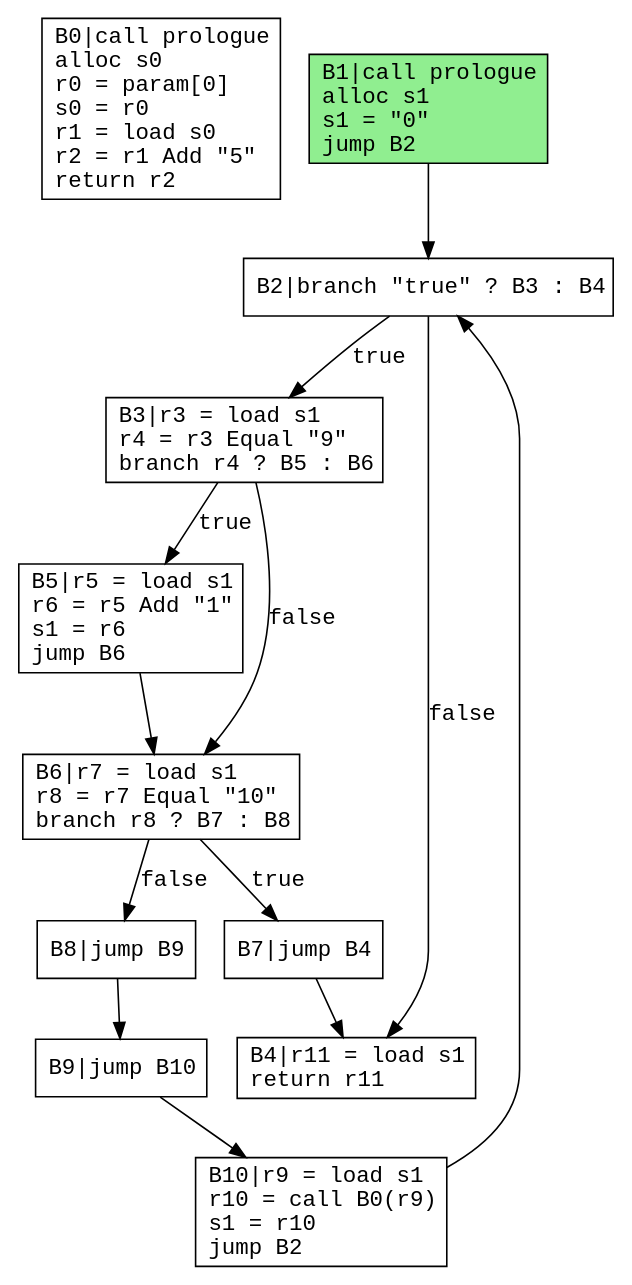
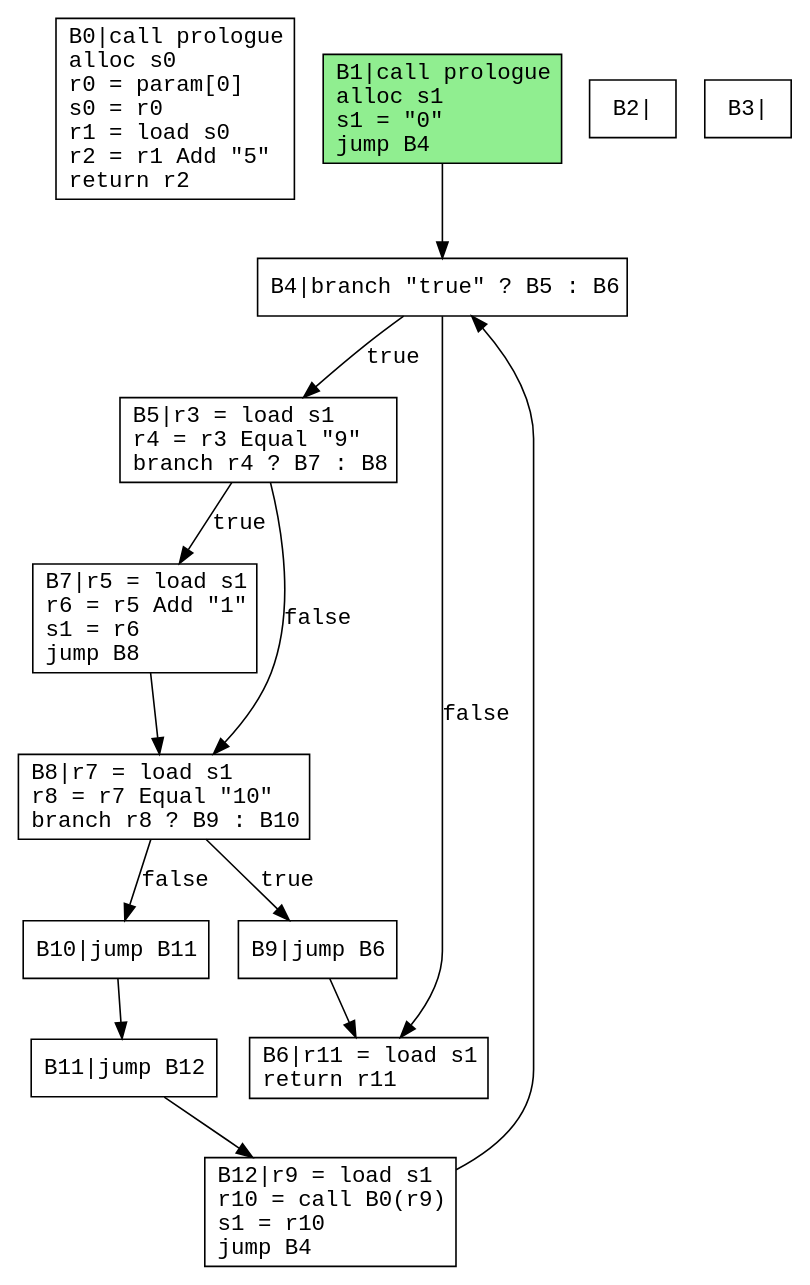
Before and after one commit to safarislava/ProcTranslator: the diagram in output/while.dot, drawn with Graphviz. The commit also changed 43 other files, not shown here.

```diff
--- a/output/while.dot
+++ b/output/while.dot
@@ -1,30 +1,32 @@
 digraph CFG {
   rankdir=TB;
   node [shape=box, fontname="Courier"];
   edge [fontname="Courier"];
 
   B0 [label="B0|call prologue\lalloc s0\lr0 = param[0]\ls0 = r0\lr1 = load s0\lr2 = r1 Add \"5\"\lreturn r2\l"];
-  B1 [label="B1|call prologue\lalloc s1\ls1 = \"0\"\ljump B2\l"];
-  B2 [label="B2|branch \"true\" ? B3 : B4\l"];
-  B3 [label="B3|r3 = load s1\lr4 = r3 Equal \"9\"\lbranch r4 ? B5 : B6\l"];
-  B4 [label="B4|r11 = load s1\lreturn r11\l"];
-  B5 [label="B5|r5 = load s1\lr6 = r5 Add \"1\"\ls1 = r6\ljump B6\l"];
-  B6 [label="B6|r7 = load s1\lr8 = r7 Equal \"10\"\lbranch r8 ? B7 : B8\l"];
-  B7 [label="B7|jump B4\l"];
-  B8 [label="B8|jump B9\l"];
-  B9 [label="B9|jump B10\l"];
-  B10 [label="B10|r9 = load s1\lr10 = call B0(r9)\ls1 = r10\ljump B2\l"];
-  B1 -> B2;
-  B2 -> B3 [label="true"];
-  B2 -> B4 [label="false"];
-  B3 -> B5 [label="true"];
-  B3 -> B6 [label="false"];
-  B5 -> B6;
-  B6 -> B7 [label="true"];
-  B6 -> B8 [label="false"];
-  B7 -> B4;
-  B8 -> B9;
-  B9 -> B10;
-  B10 -> B2;
+  B1 [label="B1|call prologue\lalloc s1\ls1 = \"0\"\ljump B4\l"];
+  B2 [label="B2|"];
+  B3 [label="B3|"];
+  B4 [label="B4|branch \"true\" ? B5 : B6\l"];
+  B5 [label="B5|r3 = load s1\lr4 = r3 Equal \"9\"\lbranch r4 ? B7 : B8\l"];
+  B6 [label="B6|r11 = load s1\lreturn r11\l"];
+  B7 [label="B7|r5 = load s1\lr6 = r5 Add \"1\"\ls1 = r6\ljump B8\l"];
+  B8 [label="B8|r7 = load s1\lr8 = r7 Equal \"10\"\lbranch r8 ? B9 : B10\l"];
+  B9 [label="B9|jump B6\l"];
+  B10 [label="B10|jump B11\l"];
+  B11 [label="B11|jump B12\l"];
+  B12 [label="B12|r9 = load s1\lr10 = call B0(r9)\ls1 = r10\ljump B4\l"];
+  B1 -> B4;
+  B4 -> B5 [label="true"];
+  B4 -> B6 [label="false"];
+  B5 -> B7 [label="true"];
+  B5 -> B8 [label="false"];
+  B7 -> B8;
+  B8 -> B9 [label="true"];
+  B8 -> B10 [label="false"];
+  B9 -> B6;
+  B10 -> B11;
+  B11 -> B12;
+  B12 -> B4;
   B1 [style=filled, fillcolor=lightgreen];
 }
```
